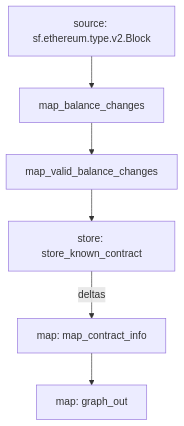
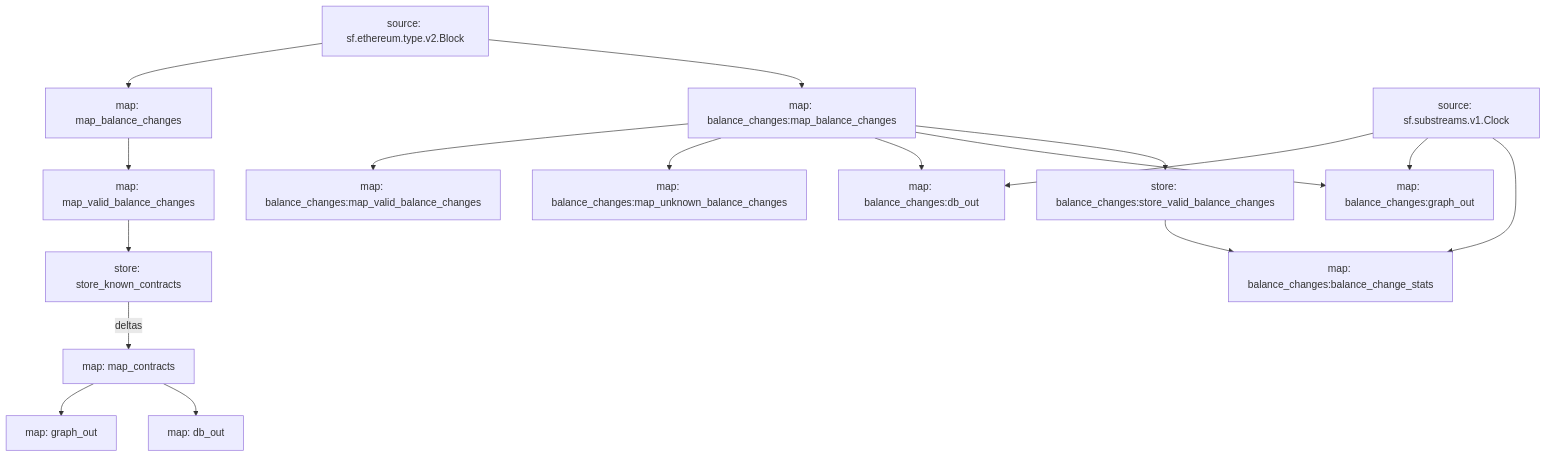
Before and after one commit to pinax-network/substreams-erc20-contracts: the diagram in README.md, drawn with Mermaid. The commit also changed other lines of this file, not shown here.

````diff
--- a/README.md
+++ b/README.md
@@ -51,11 +51,32 @@
 ```mermaid
 graph TD;
+  map_balance_changes[map: map_balance_changes];
   sf.ethereum.type.v2.Block[source: sf.ethereum.type.v2.Block] --> map_balance_changes;
+  map_valid_balance_changes[map: map_valid_balance_changes];
   map_balance_changes --> map_valid_balance_changes;
-  store_known_contract[store: store_known_contract];
-  map_valid_balance_changes --> store_known_contract;
-  map_contract_info[map: map_contract_info];
-  store_known_contract -- deltas --> map_contract_info;
+  store_known_contracts[store: store_known_contracts];
+  map_valid_balance_changes --> store_known_contracts;
+  map_contracts[map: map_contracts];
+  store_known_contracts -- deltas --> map_contracts;
   graph_out[map: graph_out];
-  map_contract_info --> graph_out;
+  map_contracts --> graph_out;
+  db_out[map: db_out];
+  map_contracts --> db_out;
+  balance_changes:map_balance_changes[map: balance_changes:map_balance_changes];
+  sf.ethereum.type.v2.Block[source: sf.ethereum.type.v2.Block] --> balance_changes:map_balance_changes;
+  balance_changes:map_valid_balance_changes[map: balance_changes:map_valid_balance_changes];
+  balance_changes:map_balance_changes --> balance_changes:map_valid_balance_changes;
+  balance_changes:map_unknown_balance_changes[map: balance_changes:map_unknown_balance_changes];
+  balance_changes:map_balance_changes --> balance_changes:map_unknown_balance_changes;
+  balance_changes:db_out[map: balance_changes:db_out];
+  sf.substreams.v1.Clock[source: sf.substreams.v1.Clock] --> balance_changes:db_out;
+  balance_changes:map_balance_changes --> balance_changes:db_out;
+  balance_changes:graph_out[map: balance_changes:graph_out];
+  sf.substreams.v1.Clock[source: sf.substreams.v1.Clock] --> balance_changes:graph_out;
+  balance_changes:map_balance_changes --> balance_changes:graph_out;
+  balance_changes:store_valid_balance_changes[store: balance_changes:store_valid_balance_changes];
+  balance_changes:map_balance_changes --> balance_changes:store_valid_balance_changes;
+  balance_changes:balance_change_stats[map: balance_changes:balance_change_stats];
+  sf.substreams.v1.Clock[source: sf.substreams.v1.Clock] --> balance_changes:balance_change_stats;
+  balance_changes:store_valid_balance_changes --> balance_changes:balance_change_stats;
 ```
````
